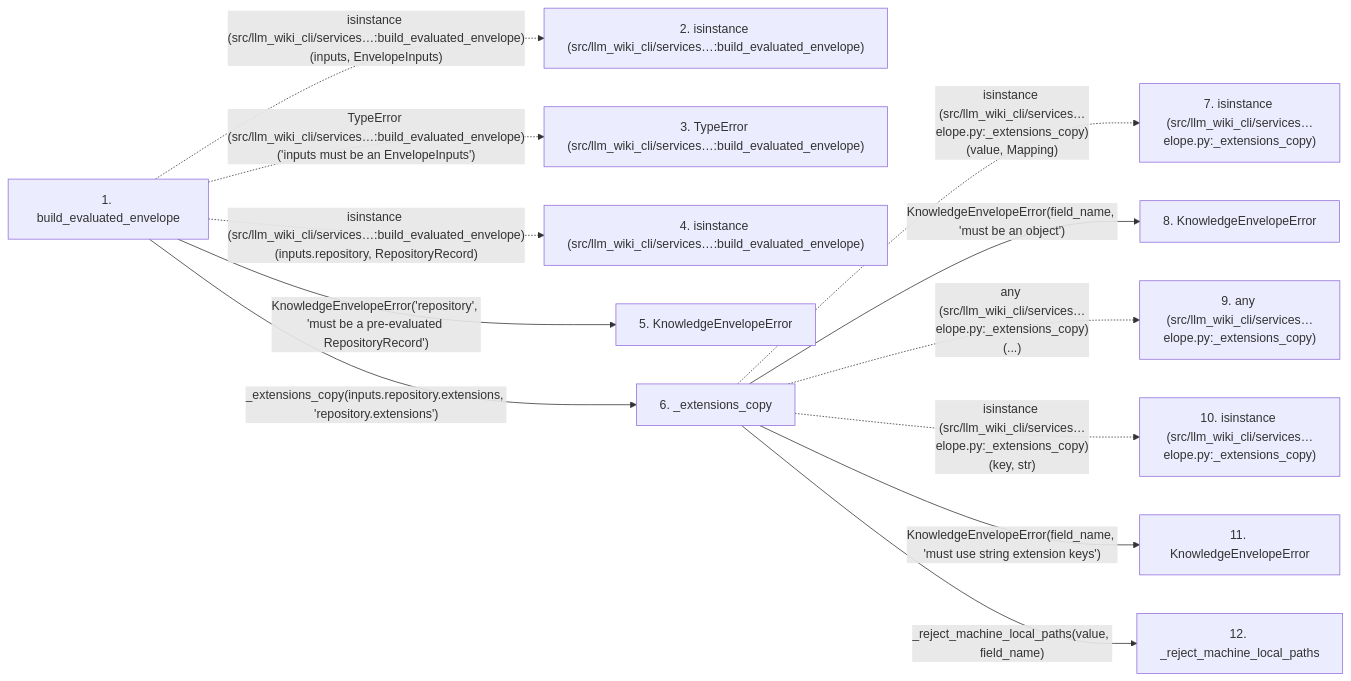
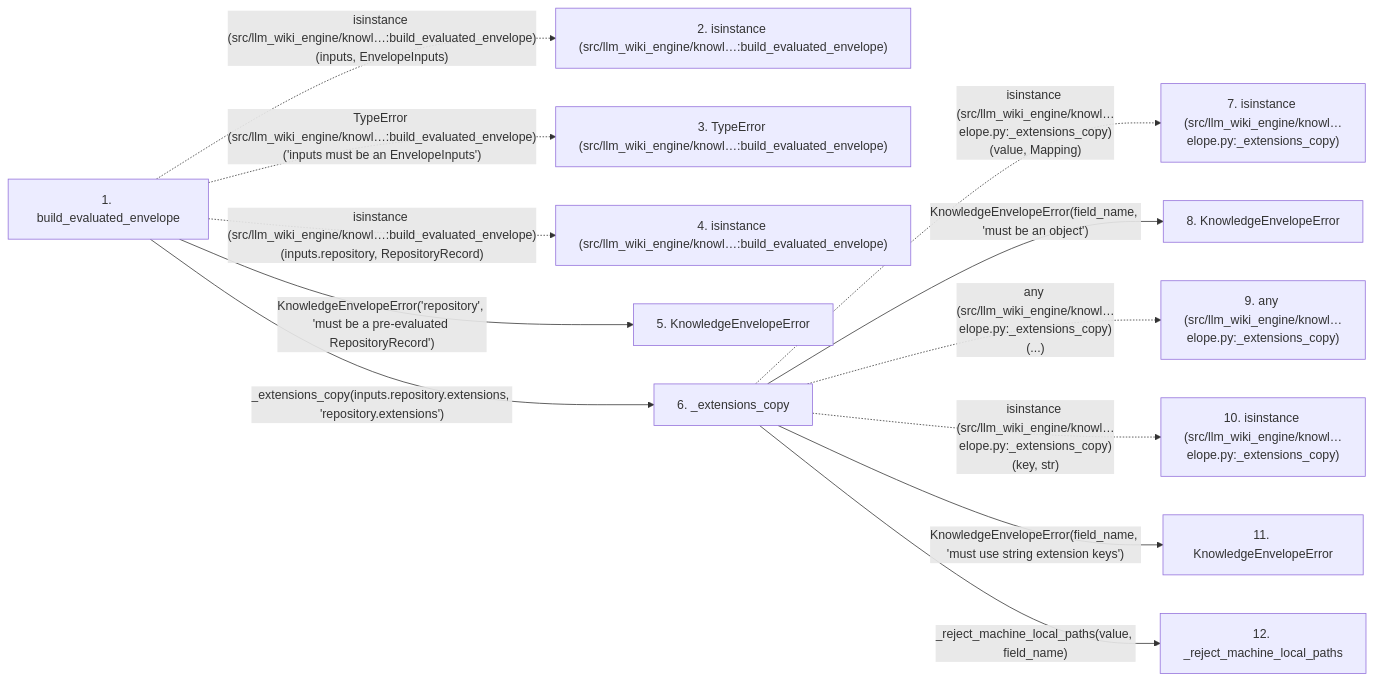
The second of 2 diagrams in docs/llm_wiki/flows/api-build_evaluated_envelope.md (Denissvgn/python-wiki-llm), drawn with Mermaid before and after one commit. The commit also changed other lines of this file and 1058 other files, not shown here.

````diff
--- a/docs/llm_wiki/flows/api-build_evaluated_envelope.md
+++ b/docs/llm_wiki/flows/api-build_evaluated_envelope.md
@@ -144,32 +144,32 @@
 ```mermaid
 flowchart LR
     s1["1. build_evaluated_envelope"]
-    s2["2. isinstance (src/llm_wiki_cli/services…:build_evaluated_envelope)"]
-    s3["3. TypeError (src/llm_wiki_cli/services…:build_evaluated_envelope)"]
-    s4["4. isinstance (src/llm_wiki_cli/services…:build_evaluated_envelope)"]
+    s2["2. isinstance (src/llm_wiki_engine/knowl…:build_evaluated_envelope)"]
+    s3["3. TypeError (src/llm_wiki_engine/knowl…:build_evaluated_envelope)"]
+    s4["4. isinstance (src/llm_wiki_engine/knowl…:build_evaluated_envelope)"]
     s5["5. KnowledgeEnvelopeError"]
     s6["6. _extensions_copy"]
-    s7["7. isinstance (src/llm_wiki_cli/services…elope.py:_extensions_copy)"]
+    s7["7. isinstance (src/llm_wiki_engine/knowl…elope.py:_extensions_copy)"]
     s8["8. KnowledgeEnvelopeError"]
-    s9["9. any (src/llm_wiki_cli/services…elope.py:_extensions_copy)"]
-    s10["10. isinstance (src/llm_wiki_cli/services…elope.py:_extensions_copy)"]
+    s9["9. any (src/llm_wiki_engine/knowl…elope.py:_extensions_copy)"]
+    s10["10. isinstance (src/llm_wiki_engine/knowl…elope.py:_extensions_copy)"]
     s11["11. KnowledgeEnvelopeError"]
     s12["12. _reject_machine_local_paths"]
-    s1 -. "isinstance (src/llm_wiki_cli/services…:build_evaluated_envelope)(inputs, EnvelopeInputs)" .-> s2
-    s1 -. "TypeError (src/llm_wiki_cli/services…:build_evaluated_envelope)('inputs must be an EnvelopeInputs')" .-> s3
-    s1 -. "isinstance (src/llm_wiki_cli/services…:build_evaluated_envelope)(inputs.repository, RepositoryRecord)" .-> s4
+    s1 -. "isinstance (src/llm_wiki_engine/knowl…:build_evaluated_envelope)(inputs, EnvelopeInputs)" .-> s2
+    s1 -. "TypeError (src/llm_wiki_engine/knowl…:build_evaluated_envelope)('inputs must be an EnvelopeInputs')" .-> s3
+    s1 -. "isinstance (src/llm_wiki_engine/knowl…:build_evaluated_envelope)(inputs.repository, RepositoryRecord)" .-> s4
     s1 -->|"KnowledgeEnvelopeError('repository', 'must be a pre-evaluated RepositoryRecord')"| s5
     s1 -->|"_extensions_copy(inputs.repository.extensions, 'repository.extensions')"| s6
-    s6 -. "isinstance (src/llm_wiki_cli/services…elope.py:_extensions_copy)(value, Mapping)" .-> s7
+    s6 -. "isinstance (src/llm_wiki_engine/knowl…elope.py:_extensions_copy)(value, Mapping)" .-> s7
     s6 -->|"KnowledgeEnvelopeError(field_name, 'must be an object')"| s8
-    s6 -. "any (src/llm_wiki_cli/services…elope.py:_extensions_copy)(...)" .-> s9
-    s6 -. "isinstance (src/llm_wiki_cli/services…elope.py:_extensions_copy)(key, str)" .-> s10
+    s6 -. "any (src/llm_wiki_engine/knowl…elope.py:_extensions_copy)(...)" .-> s9
+    s6 -. "isinstance (src/llm_wiki_engine/knowl…elope.py:_extensions_copy)(key, str)" .-> s10
     s6 -->|"KnowledgeEnvelopeError(field_name, 'must use string extension keys')"| s11
     s6 -->|"_reject_machine_local_paths(value, field_name)"| s12
     click s1 "../modules/knowledge_envelope.md"
     click s5 "../modules/knowledge_envelope.md"
     click s6 "../modules/knowledge_envelope.md"
     click s8 "../modules/knowledge_envelope.md"
     click s11 "../modules/knowledge_envelope.md"
     click s12 "../modules/knowledge_envelope.md"
 ```
````
